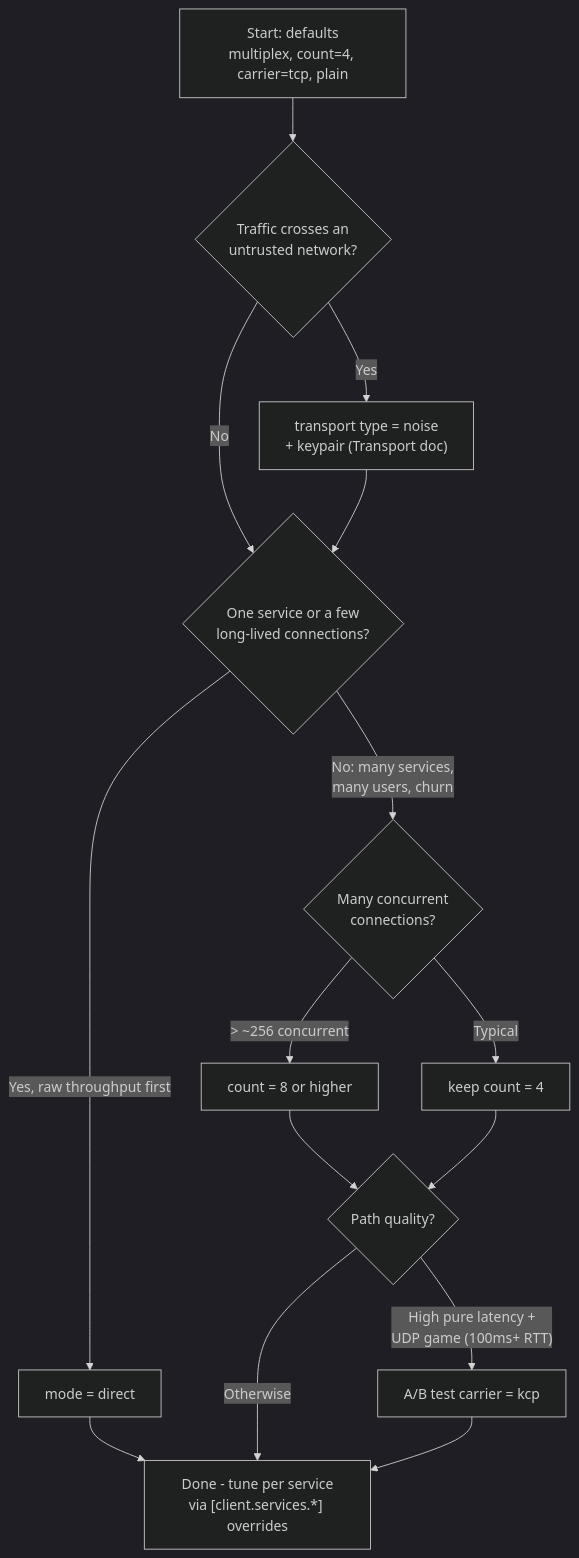
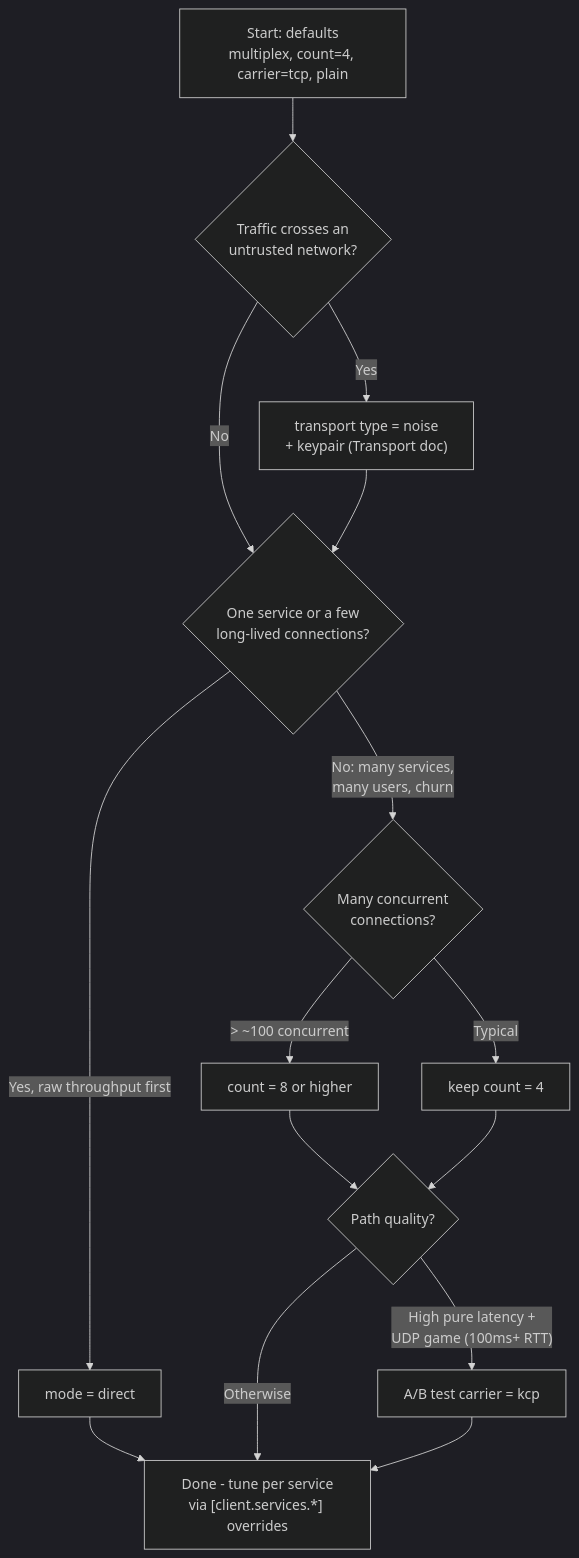
Before and after one commit to NIyueeE/molehill: the diagram in docs/configuration.md, drawn with Mermaid (dark theme). The commit also changed other lines of this file and 107 other files, not shown here.

````diff
--- a/docs/configuration.md
+++ b/docs/configuration.md
@@ -82,17 +84,17 @@
 ```mermaid
 flowchart TD
     A["Start: defaults<br/>multiplex, count=4, carrier=tcp, plain"] --> B{"Traffic crosses an<br/>untrusted network?"}
     B -- Yes --> C["transport type = noise<br/>+ keypair (Transport doc)"]
     B -- No --> D{"One service or a few<br/>long-lived connections?"}
     C --> D
     D -- "Yes, raw throughput first" --> E["mode = direct"]
     D -- "No: many services,<br/>many users, churn" --> F{"Many concurrent<br/>connections?"}
     E --> Z["Done - tune per service<br/>via [client.services.*] overrides"]
-    F -- "> ~256 concurrent" --> G["count = 8 or higher"]
+    F -- "> ~100 concurrent" --> G["count = 8 or higher"]
     F -- Typical --> H["keep count = 4"]
     G --> I{"Path quality?"}
     H --> I
     I -- "High pure latency +<br/>UDP game (100ms+ RTT)" --> J["A/B test carrier = kcp"]
     I -- Otherwise --> Z
     J --> Z
 ```
````
